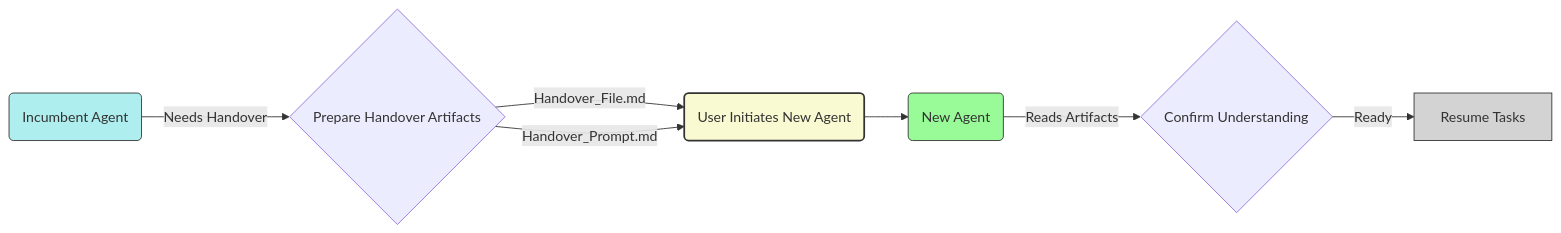
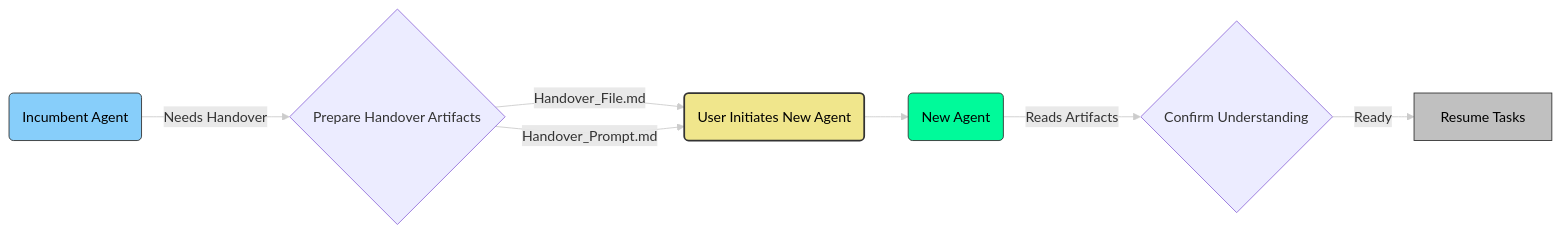
The second of 3 diagrams in docs/01_Workflow_Overview.md (sdi2200262/agentic-project-management), drawn with Mermaid before and after one commit. The commit also changed other lines of this file, not shown here.

````diff
--- a/docs/01_Workflow_Overview.md
+++ b/docs/01_Workflow_Overview.md
@@ -44,14 +46,16 @@
 ```mermaid
 graph LR
     H_A(Incumbent Agent) -- Needs Handover --> H_B{Prepare Handover Artifacts};
     H_B -- Handover_File.md --> H_C;
     H_B -- Handover_Prompt.md --> H_C;
     H_C(User Initiates New Agent) --> H_D(New Agent);
     H_D -- Reads Artifacts --> H_E{Confirm Understanding};
     H_E -- Ready --> H_F[Resume Tasks];
 
-    style H_A fill:#AFEEEE,stroke:#333,stroke-width:1px; 
-    style H_D fill:#98FB98,stroke:#333,stroke-width:1px; 
-    style H_C fill:#FAFAD2,stroke:#333,stroke-width:2px; 
-    style H_F fill:#D3D3D3,stroke:#333,stroke-width:1px; 
+    style H_A fill:#87CEFA,stroke:#333,stroke-width:1px,color:#000; 
+    style H_D fill:#00FA9A,stroke:#333,stroke-width:1px,color:#000; 
+    style H_C fill:#F0E68C,stroke:#333,stroke-width:2px,color:#000; 
+    style H_F fill:#C0C0C0,stroke:#333,stroke-width:1px,color:#000; 
+
+    linkStyle default stroke:#ccc,stroke-width:1px;
 ```
````
